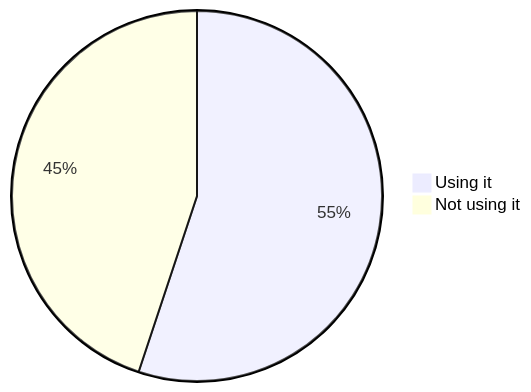
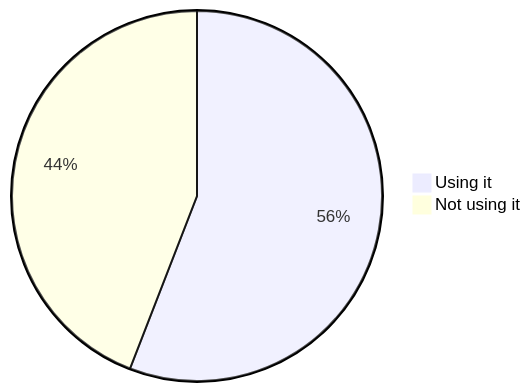
Before and after one commit to oshp/oshp-stats: the second of 22 diagrams in stats.md, drawn with Mermaid. The commit also changed other lines of this file, not shown here.

````diff
--- a/stats.md
+++ b/stats.md
@@ -22,6 +22,6 @@
 ```mermaid
 pie
-	"Using it" : 55.1
-	"Not using it" : 44.9
+	"Using it" : 55.89
+	"Not using it" : 44.11
 
 ```
````
